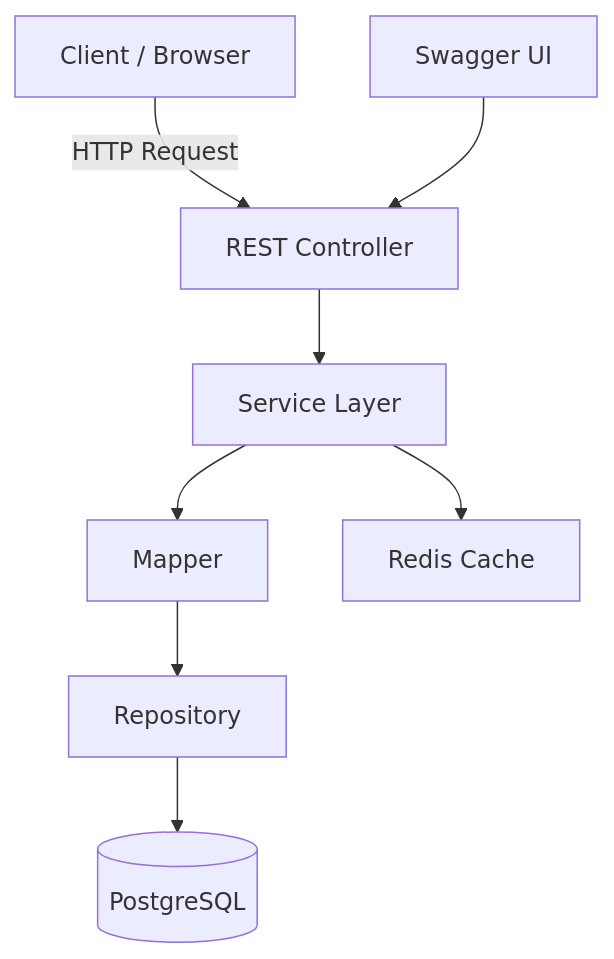
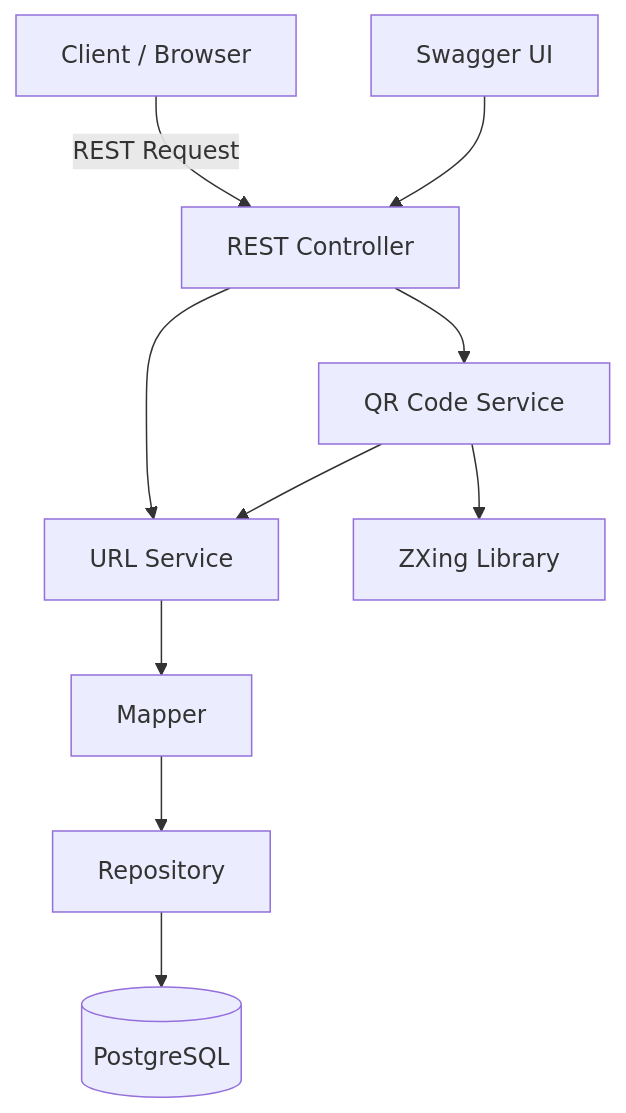
Before and after one commit to suyashsachan2304-lab/smarturl: the first of 6 diagrams in README.md, drawn with Mermaid. The commit also changed other lines of this file and 11 other files, not shown here.

````diff
--- a/README.md
+++ b/README.md
@@ -204,28 +263,39 @@
 ```mermaid
 flowchart TD
 
-    A[Client / Browser]
+    Client[Client / Browser]
 
-    B[REST Controller]
+    UrlController[REST Controller]
 
-    C[Service Layer]
+    UrlService[URL Service]
 
-    D[Mapper]
+    QrService[QR Code Service]
 
-    E[Repository]
+    UrlMapper[Mapper]
 
-    F[(PostgreSQL)]
+    UrlRepository[Repository]
 
-    G[Redis Cache]
+    PostgreSQL[(PostgreSQL)]
 
-    H[Swagger UI]
+    QrGenerator[ZXing Library]
 
-    A -->|HTTP Request| B
-    B --> C
-    C --> D
-    D --> E
-    E --> F
+    Swagger[Swagger UI]
 
-    H --> B
-    C --> G
+    Client -->|REST Request| UrlController
+
+    Swagger --> UrlController
+
+    UrlController --> UrlService
+
+    UrlController --> QrService
+
+    UrlService --> UrlMapper
+
+    UrlMapper --> UrlRepository
+
+    UrlRepository --> PostgreSQL
+
+    QrService --> UrlService
+
+    QrService --> QrGenerator
 ```
````
